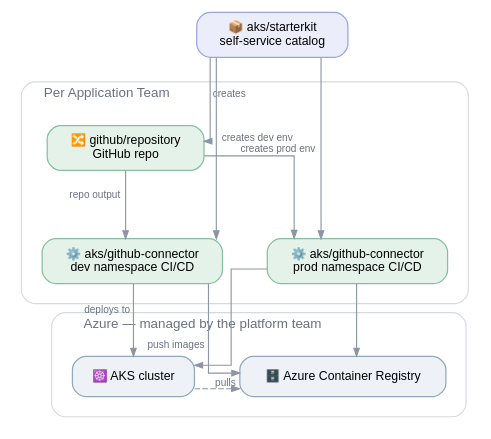
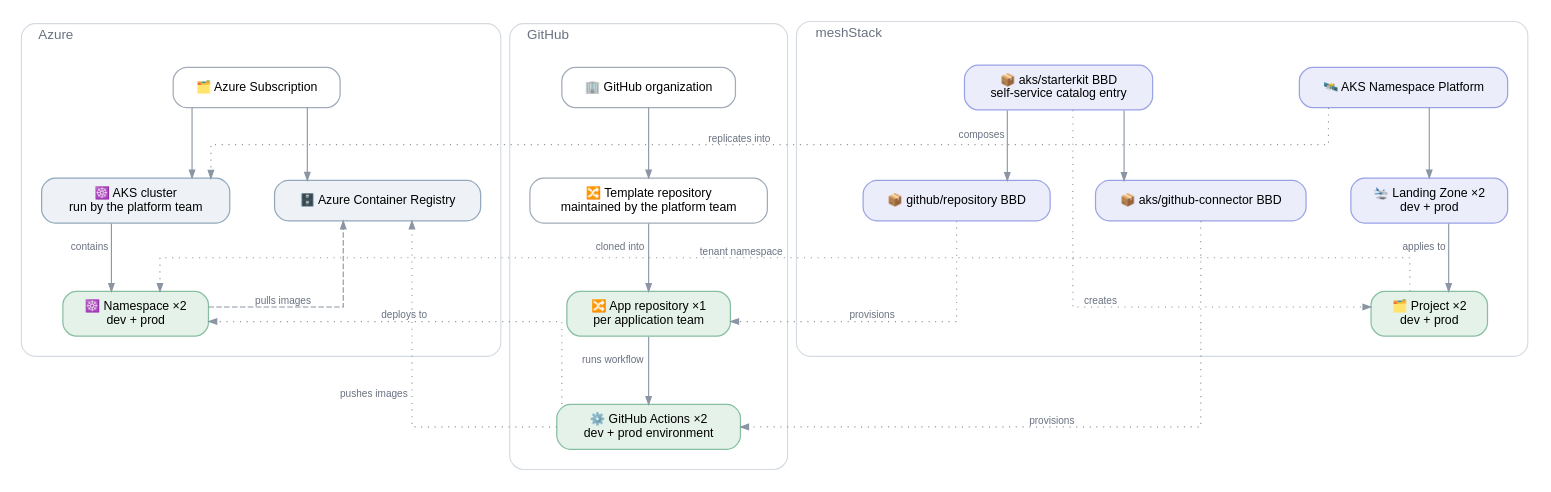
One commit to meshcloud/meshstack-hub changed the diagram in reference-architectures/azure-kubernetes.dot. Above: the diagram before and after it, drawn with Graphviz. The commit also changed 3 other files, not shown here.

First line of the commit message:
docs: refactor kubernetes reference architecture diagrams

```diff
--- a/reference-architectures/azure-kubernetes.dot
+++ b/reference-architectures/azure-kubernetes.dot
@@ -1,60 +1,83 @@
 /*
  * Azure Kubernetes reference architecture.
  * Conventions: .agents/references/diagrams.md — render with: task diagrams
  */
 digraph azure_kubernetes {
   rankdir=TB
   splines=ortho
   forcelabels=true
   bgcolor="white"
   nodesep=0.55
   ranksep=0.85
 
   node [shape=box style="rounded,filled" fontname="Helvetica" fontsize=11
         fillcolor="#ffffff" color="#a2abb8" penwidth=1.1 margin="0.20,0.11"]
   edge [fontname="Helvetica" fontsize=9 fontcolor="#697180" color="#8b95a3" arrowsize=0.7]
 
-  // meshStack definition the application team orders from the catalog
-  STARTER [label="📦 aks/starterkit\nself-service catalog" fillcolor="#ecedfb" color="#9aa2e6"]
-
-  subgraph cluster_team {
-    label="  Per Application Team"
+  subgraph cluster_azure {
+    label="  Azure"
     labeljust=l
     fontname="Helvetica" fontsize=12 fontcolor="#697180"
     style="rounded" color="#d5dae0"
     margin=18
 
-    REPO [label="🔀 github/repository\nGitHub repo" fillcolor="#e5f2ea" color="#85bfa0"]
-    DEV  [label="⚙️ aks/github-connector\ndev namespace CI/CD" fillcolor="#e5f2ea" color="#85bfa0"]
-    PROD [label="⚙️ aks/github-connector\nprod namespace CI/CD" fillcolor="#e5f2ea" color="#85bfa0"]
+    SUB [label="🗂️ Azure Subscription" fillcolor="#ffffff" color="#a2abb8"]
+    AKS [label="☸️ AKS cluster\nrun by the platform team" fillcolor="#eef2f6" color="#93a7bb"]
+    ACR [label="🗄️ Azure Container Registry" fillcolor="#eef2f6" color="#93a7bb"]
+    NS  [label="☸️ Namespace ×2\ndev + prod" fillcolor="#e5f2ea" color="#85bfa0"]
 
-    { rank=same; DEV -> PROD [style=invis] }
+    { rank=same; AKS -> ACR [style=invis] }
+
+    SUB -> AKS
+    SUB -> ACR
+    AKS -> NS [xlabel="contains"]
+    NS  -> ACR [xlabel="pulls images" style=dashed constraint=false]
   }
 
-  subgraph cluster_azure {
-    label="  Azure — managed by the platform team"
+  subgraph cluster_github {
+    label="  GitHub"
     labeljust=l
     fontname="Helvetica" fontsize=12 fontcolor="#697180"
     style="rounded" color="#d5dae0"
     margin=18
 
-    AKS [label="☸️ AKS cluster" fillcolor="#eef2f6" color="#93a7bb"]
-    ACR [label="🗄️ Azure Container Registry" fillcolor="#eef2f6" color="#93a7bb"]
+    ORG  [label="🏢 GitHub organization" fillcolor="#ffffff" color="#a2abb8"]
+    TPL  [label="🔀 Template repository\nmaintained by the platform team" fillcolor="#ffffff" color="#a2abb8"]
+    REPO [label="🔀 App repository ×1\nper application team" fillcolor="#e5f2ea" color="#85bfa0"]
+    GHA  [label="⚙️ GitHub Actions ×2\ndev + prod environment" fillcolor="#e5f2ea" color="#85bfa0"]
 
-    { rank=same; AKS -> ACR [style=invis] }
+    ORG  -> TPL
+    TPL  -> REPO [xlabel="cloned into"]
+    REPO -> GHA  [xlabel="runs workflow"]
   }
 
-  STARTER -> REPO [xlabel="creates"]
-  STARTER -> DEV  [xlabel="creates dev env"]
-  STARTER -> PROD [xlabel="creates prod env"]
+  subgraph cluster_mesh {
+    label="  meshStack"
+    labeljust=l
+    fontname="Helvetica" fontsize=12 fontcolor="#697180"
+    style="rounded" color="#d5dae0"
+    margin=18
 
-  REPO -> DEV [xlabel="repo output"]
-  REPO -> PROD
+    PLAT  [label="🛰️ AKS Namespace Platform" fillcolor="#ecedfb" color="#9aa2e6"]
+    LZ    [label="🛬 Landing Zone ×2\ndev + prod" fillcolor="#ecedfb" color="#9aa2e6"]
+    PROJ  [label="🗂️ Project ×2\ndev + prod" fillcolor="#e5f2ea" color="#85bfa0"]
+    BBD_S [label="📦 aks/starterkit BBD\nself-service catalog entry" fillcolor="#ecedfb" color="#9aa2e6"]
+    BBD_R [label="📦 github/repository BBD" fillcolor="#ecedfb" color="#9aa2e6"]
+    BBD_C [label="📦 aks/github-connector BBD" fillcolor="#ecedfb" color="#9aa2e6"]
 
-  DEV  -> ACR [xlabel="push images"]
-  PROD -> ACR
-  DEV  -> AKS [xlabel="deploys to"]
-  PROD -> AKS
+    { rank=same; BBD_R -> BBD_C [style=invis] }
 
-  AKS -> ACR [xlabel="pulls" style=dashed constraint=false]
+    PLAT  -> LZ
+    LZ    -> PROJ  [xlabel="applies to"]
+    BBD_S -> BBD_R [xlabel="composes"]
+    BBD_S -> BBD_C
+    BBD_S -> PROJ  [xlabel="creates" style=dotted constraint=false]
+  }
+
+  PLAT  -> AKS [xlabel="replicates into" style=dotted constraint=false]
+  PROJ  -> NS  [xlabel="tenant namespace" style=dotted constraint=false]
+  BBD_R -> REPO [xlabel="provisions" style=dotted constraint=false]
+  BBD_C -> GHA [xlabel="provisions" style=dotted constraint=false]
+  GHA   -> ACR [xlabel="pushes images" style=dotted constraint=false]
+  GHA   -> NS  [xlabel="deploys to" style=dotted constraint=false]
 }
```
